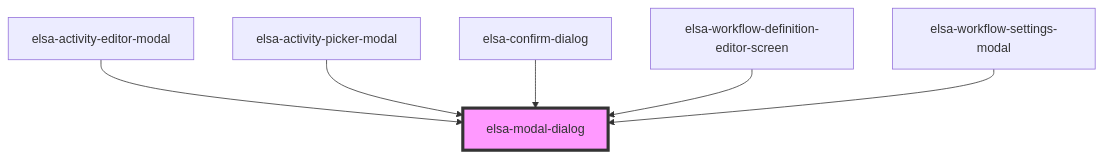
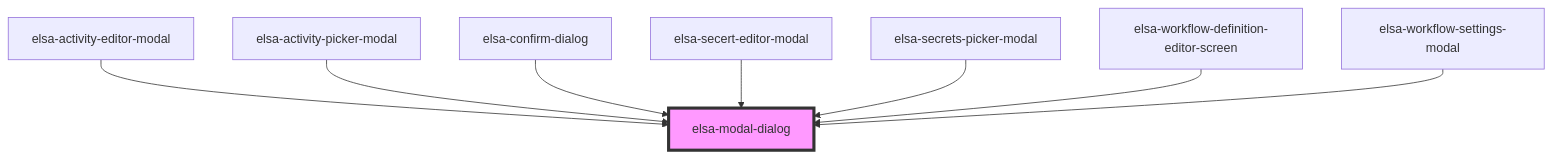
Before and after one commit to elsa-workflows/elsa-core: the diagram in src/designer/elsa-workflows-studio/src/components/shared/elsa-modal-dialog/readme.md, drawn with Mermaid. The commit also changed other lines of this file and 332 other files, not shown here.

````diff
--- a/src/designer/elsa-workflows-studio/src/components/shared/elsa-modal-dialog/readme.md
+++ b/src/designer/elsa-workflows-studio/src/components/shared/elsa-modal-dialog/readme.md
@@ -50,9 +52,11 @@
 ```mermaid
 graph TD;
   elsa-activity-editor-modal --> elsa-modal-dialog
   elsa-activity-picker-modal --> elsa-modal-dialog
   elsa-confirm-dialog --> elsa-modal-dialog
+  elsa-secert-editor-modal --> elsa-modal-dialog
+  elsa-secrets-picker-modal --> elsa-modal-dialog
   elsa-workflow-definition-editor-screen --> elsa-modal-dialog
   elsa-workflow-settings-modal --> elsa-modal-dialog
   style elsa-modal-dialog fill:#f9f,stroke:#333,stroke-width:4px
 ```
````
